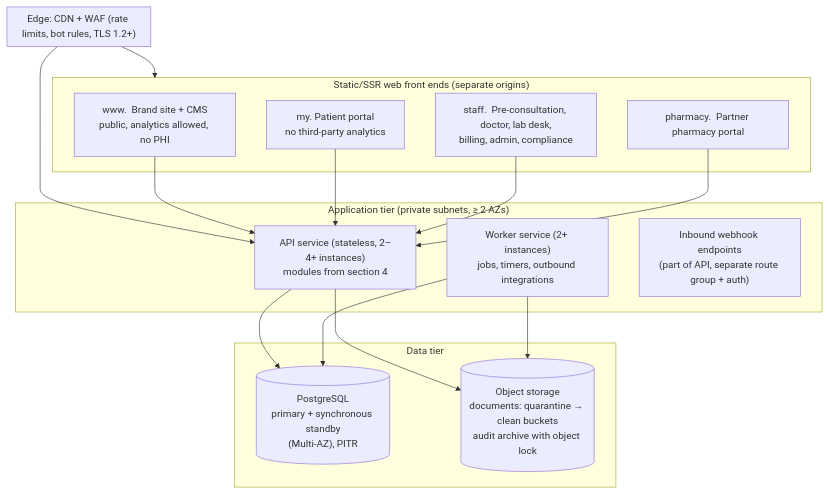
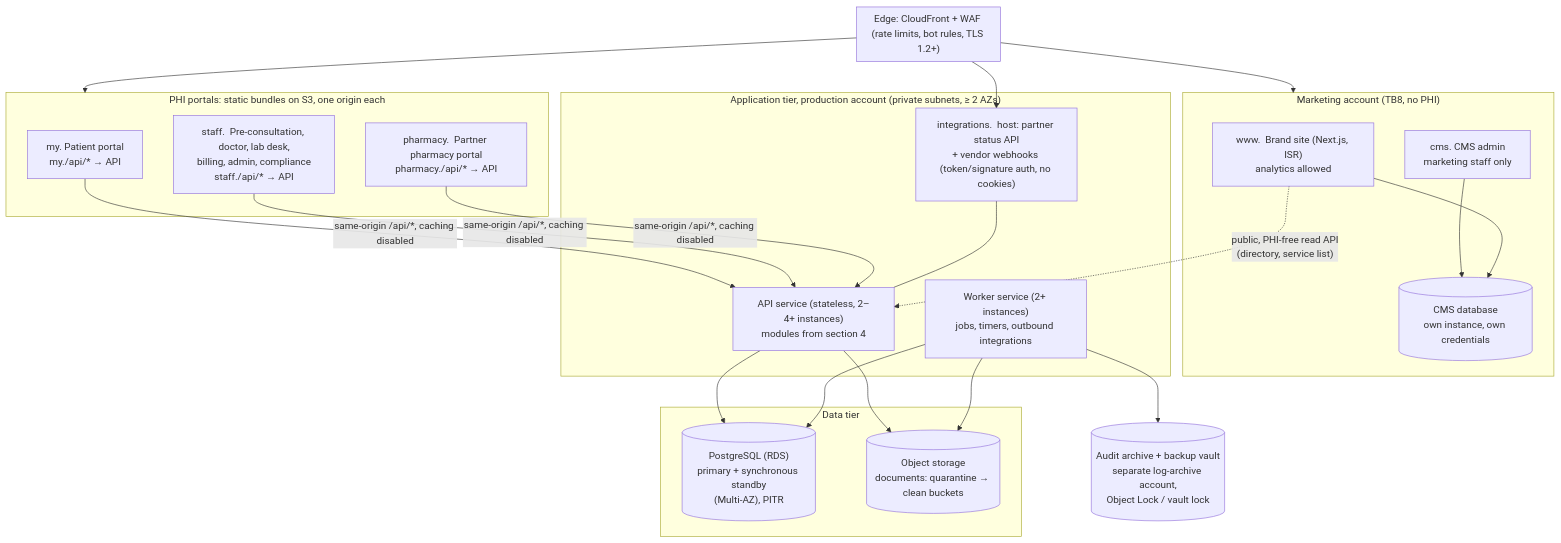
One commit to zainnaeem28/enterprise-app changed the second of 5 diagrams in docs/ARCHITECTURE.md. Above: the diagram before and after it, drawn with Mermaid. The commit also changed other lines of this file, not shown here.

First line of the commit message:
Revise G1 architecture overview to draft 2

````diff
--- a/docs/ARCHITECTURE.md
+++ b/docs/ARCHITECTURE.md
@@ -108,27 +111,38 @@
 ```mermaid
 flowchart TB
-  subgraph Edge["Edge: CDN + WAF (rate limits, bot rules, TLS 1.2+)"]
+  subgraph Edge["Edge: CloudFront + WAF (rate limits, bot rules, TLS 1.2+)"]
   end
-  subgraph Web["Static/SSR web front ends (separate origins)"]
-    W1["www.  Brand site + CMS<br/>public, analytics allowed, no PHI"]
-    W2["my.  Patient portal<br/>no third-party analytics"]
-    W3["staff.  Pre-consultation, doctor, lab desk,<br/>billing, admin, compliance"]
-    W4["pharmacy.  Partner pharmacy portal"]
+  subgraph Mkt["Marketing account (TB8, no PHI)"]
+    W1["www.  Brand site (Next.js, ISR)<br/>analytics allowed"]
+    CMS["cms.  CMS admin<br/>marketing staff only"]
+    SDB[("CMS database<br/>own instance, own credentials")]
   end
-  subgraph App["Application tier (private subnets, ≥ 2 AZs)"]
+  subgraph Web["PHI portals: static bundles on S3, one origin each"]
+    W2["my.  Patient portal<br/>my./api/* → API"]
+    W3["staff.  Pre-consultation, doctor, lab desk,<br/>billing, admin, compliance<br/>staff./api/* → API"]
+    W4["pharmacy.  Partner pharmacy portal<br/>pharmacy./api/* → API"]
+  end
+  subgraph App["Application tier, production account (private subnets, ≥ 2 AZs)"]
     API["API service (stateless, 2–4+ instances)<br/>modules from section 4"]
     WRK["Worker service (2+ instances)<br/>jobs, timers, outbound integrations"]
-    INB["Inbound webhook endpoints<br/>(part of API, separate route group + auth)"]
+    INB["integrations.  host: partner status API<br/>+ vendor webhooks (token/signature auth, no cookies)"]
   end
   subgraph Data["Data tier"]
-    PG[("PostgreSQL<br/>primary + synchronous standby<br/>(Multi-AZ), PITR")]
-    OBJ[("Object storage<br/>documents: quarantine → clean buckets<br/>audit archive with object lock")]
+    PG[("PostgreSQL (RDS)<br/>primary + synchronous standby<br/>(Multi-AZ), PITR")]
+    OBJ[("Object storage<br/>documents: quarantine → clean buckets")]
   end
+  ARC[("Audit archive + backup vault<br/>separate log-archive account,<br/>Object Lock / vault lock")]
+  Edge --> Mkt
   Edge --> Web
-  Edge --> API
-  W1 & W2 & W3 & W4 --> API
+  W2 & W3 & W4 -- "same-origin /api/*, caching disabled" --> API
+  Edge --> INB
+  INB --- API
+  W1 -. "public, PHI-free read API<br/>(directory, service list)" .-> API
+  CMS --> SDB
+  W1 --> SDB
   API --> PG
   WRK --> PG
   API --> OBJ
   WRK --> OBJ
+  WRK --> ARC
 ```
````
